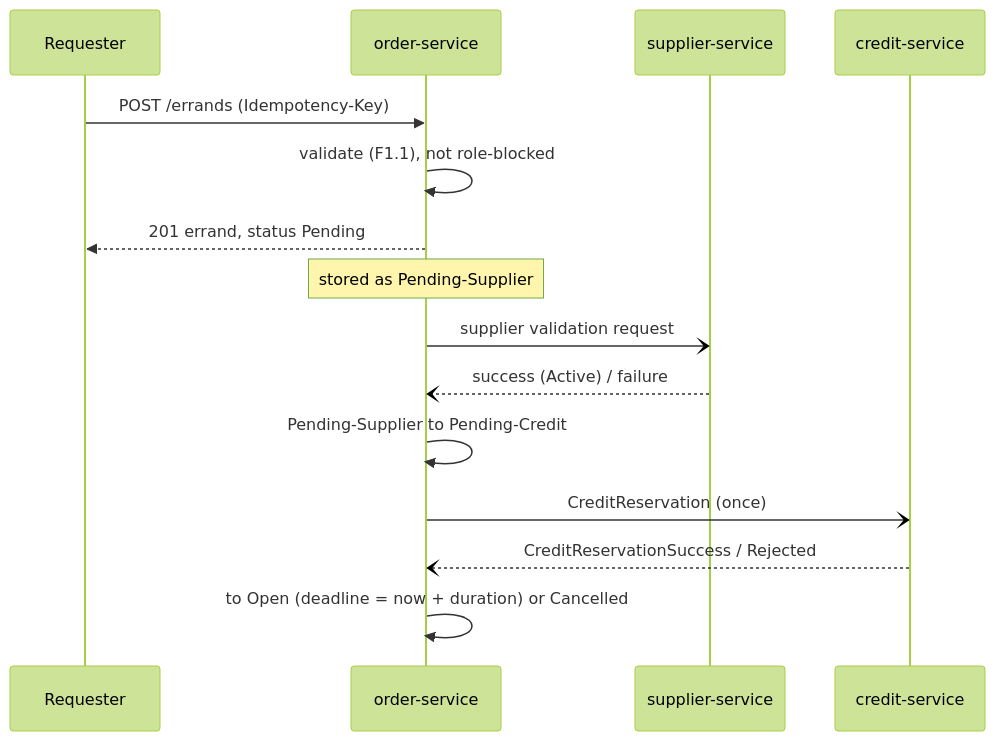
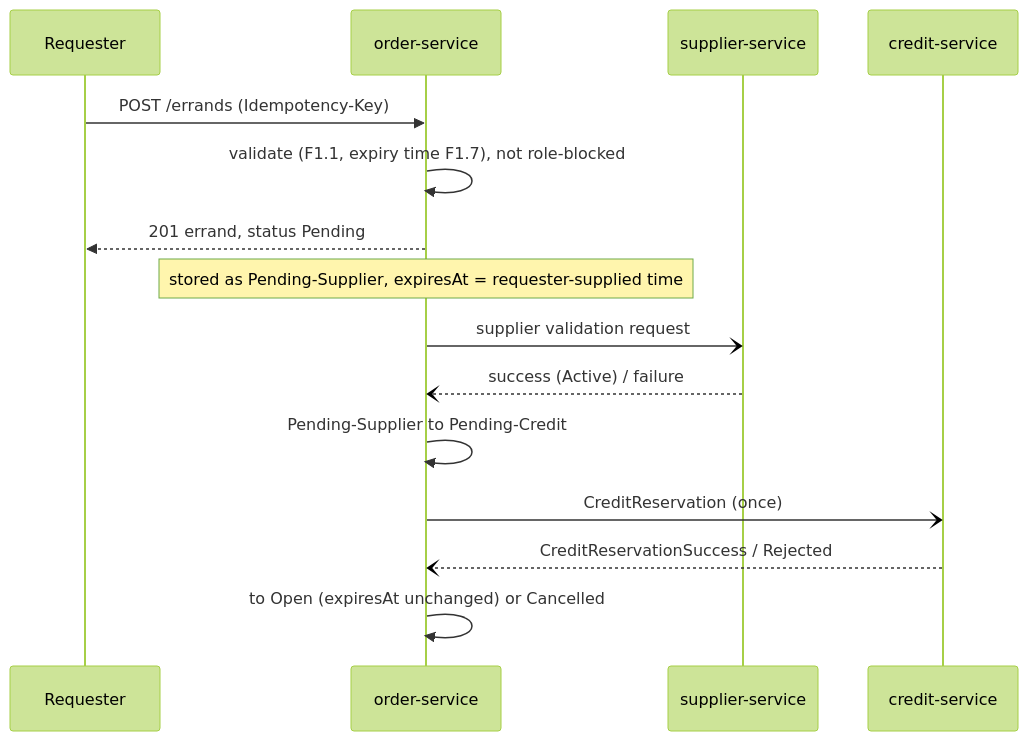
Before and after one commit to AY2627S1-CS3219-P27/FoC: the fourth of 4 diagrams in order-service/ARCHITECTURE.md, drawn with Mermaid (forest theme). The commit also changed 2 other files, not shown here.

Commit message:
Update context

````diff
--- a/order-service/ARCHITECTURE.md
+++ b/order-service/ARCHITECTURE.md
@@ -120,17 +120,17 @@
 ```mermaid
 sequenceDiagram
   participant R as Requester
   participant O as order-service
   participant S as supplier-service
   participant K as credit-service
   R->>O: POST /errands (Idempotency-Key)
-  O->>O: validate (F1.1), not role-blocked
+  O->>O: validate (F1.1, expiry time F1.7), not role-blocked
   O-->>R: 201 errand, status Pending
-  Note over O: stored as Pending-Supplier
+  Note over O: stored as Pending-Supplier, expiresAt = requester-supplied time
   O-)S: supplier validation request
   S--)O: success (Active) / failure
   O->>O: Pending-Supplier to Pending-Credit
   O-)K: CreditReservation (once)
   K--)O: CreditReservationSuccess / Rejected
-  O->>O: to Open (deadline = now + duration) or Cancelled
+  O->>O: to Open (expiresAt unchanged) or Cancelled
 ```
````
